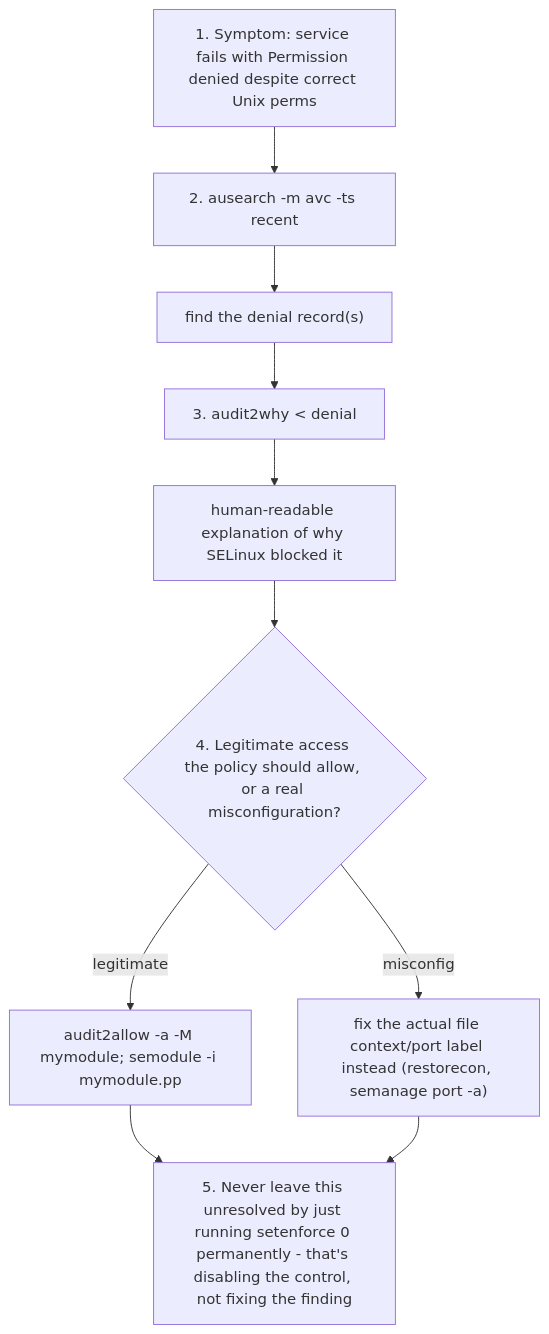
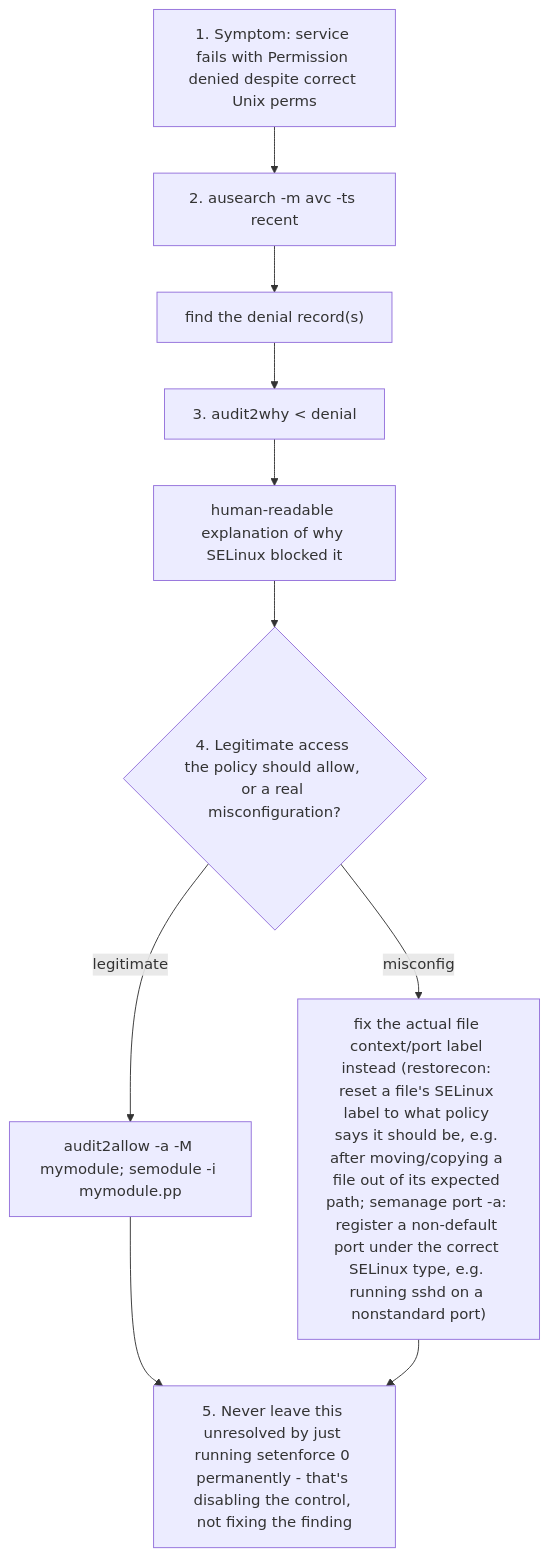
Before and after one commit to jithinpnjm/nvidia-devops: the third of 5 diagrams in docs/volume-10/03-os-provisioning-and-linux-security-hardening.md, drawn with Mermaid. The commit also changed other lines of this file and 3 other files, not shown here.

````diff
--- a/docs/volume-10/03-os-provisioning-and-linux-security-hardening.md
+++ b/docs/volume-10/03-os-provisioning-and-linux-security-hardening.md
@@ -245,12 +245,12 @@
 ```mermaid
 flowchart TD
     A["1. Symptom: service fails with Permission denied despite correct Unix perms"] --> B["2. ausearch -m avc -ts recent"]
     B --> B2["find the denial record(s)"]
     B2 --> C["3. audit2why < denial"]
     C --> C2["human-readable explanation of why SELinux blocked it"]
     C2 --> D{"4. Legitimate access the policy should allow, or a real misconfiguration?"}
     D -->|legitimate| E["audit2allow -a -M mymodule; semodule -i mymodule.pp"]
-    D -->|misconfig| F["fix the actual file context/port label instead (restorecon, semanage port -a)"]
+    D -->|misconfig| F["fix the actual file context/port label instead (restorecon: reset a file's SELinux label to what policy says it should be, e.g. after moving/copying a file out of its expected path; semanage port -a: register a non-default port under the correct SELinux type, e.g. running sshd on a nonstandard port)"]
     E --> G["5. Never leave this unresolved by just running setenforce 0 permanently - that's disabling the control, not fixing the finding"]
     F --> G
 ```
````
